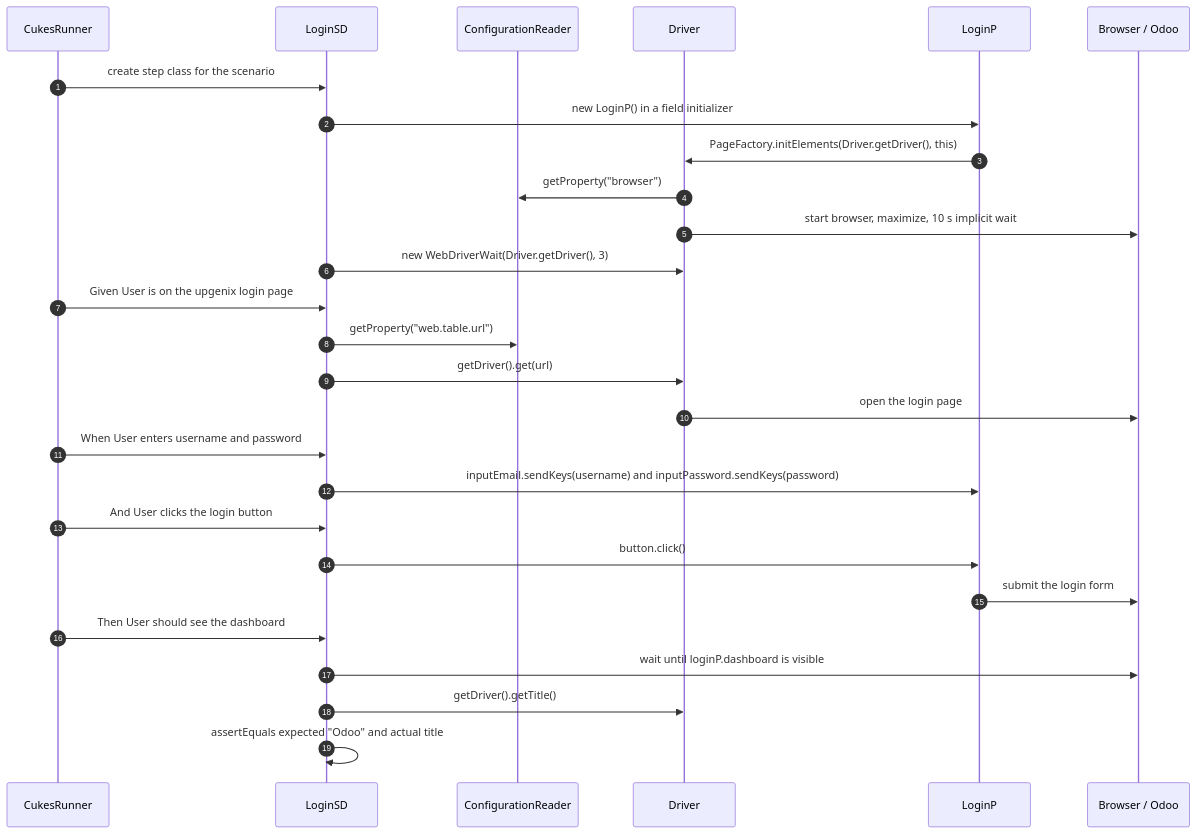
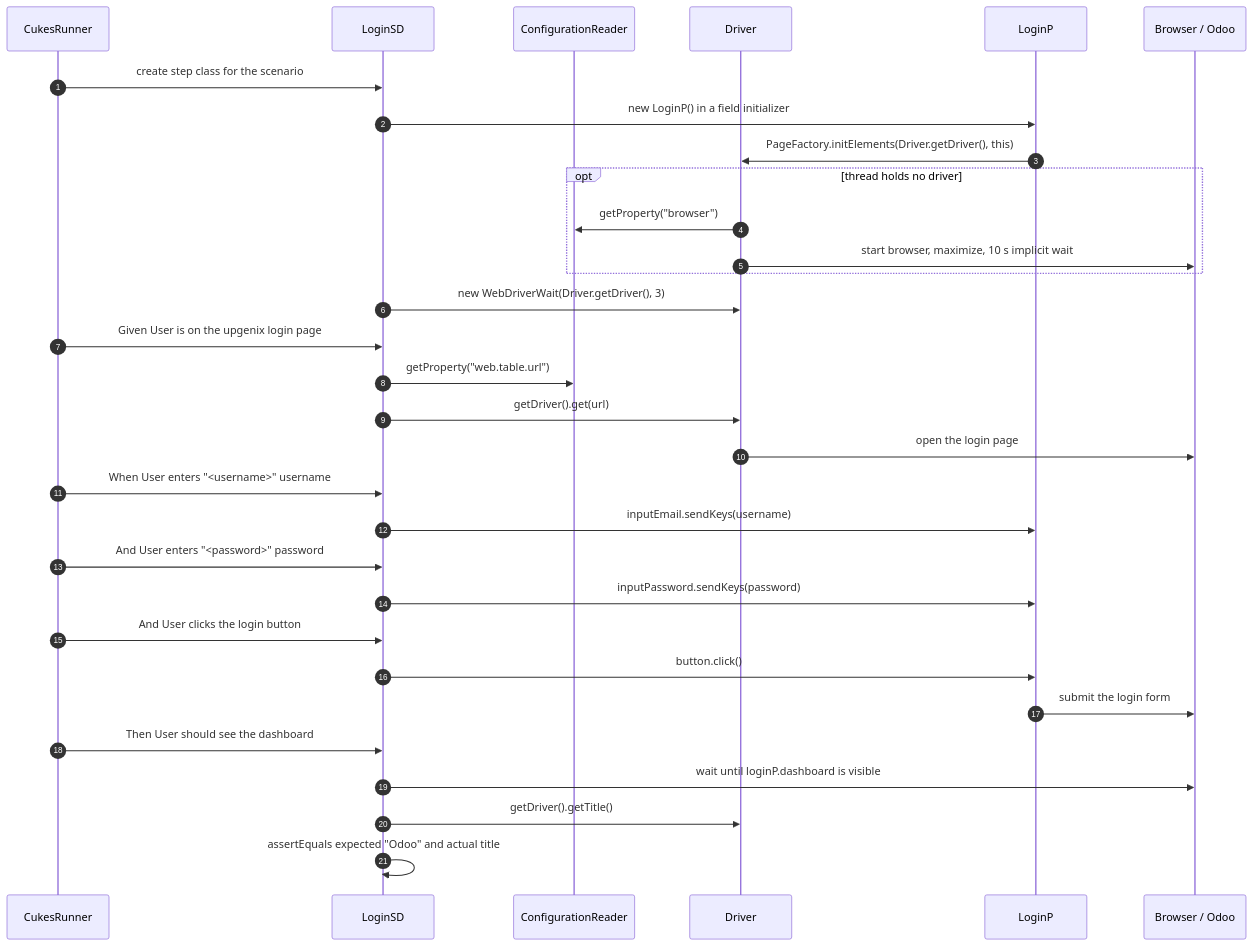
The third of 4 diagrams in README.md (lakshya-blitzy/RepoSitory_with_multiple_details_12345-), drawn with Mermaid before and after one commit. The commit also changed other lines of this file and 8 other files, not shown here.

````diff
--- a/README.md
+++ b/README.md
@@ -1503,29 +1516,33 @@
 ```mermaid
 sequenceDiagram
     autonumber
     participant R as CukesRunner
     participant S as LoginSD
     participant C as ConfigurationReader
     participant D as Driver
     participant P as LoginP
     participant B as Browser / Odoo
     R->>S: create step class for the scenario
     S->>P: new LoginP() in a field initializer
     P->>D: PageFactory.initElements(Driver.getDriver(), this)
-    D->>C: getProperty("browser")
-    D->>B: start browser, maximize, 10 s implicit wait
+    opt thread holds no driver
+        D->>C: getProperty("browser")
+        D->>B: start browser, maximize, 10 s implicit wait
+    end
     S->>D: new WebDriverWait(Driver.getDriver(), 3)
     R->>S: Given User is on the upgenix login page
     S->>C: getProperty("web.table.url")
     S->>D: getDriver().get(url)
     D->>B: open the login page
-    R->>S: When User enters username and password
-    S->>P: inputEmail.sendKeys(username) and inputPassword.sendKeys(password)
+    R->>S: When User enters "#lt;username#gt;" username
+    S->>P: inputEmail.sendKeys(username)
+    R->>S: And User enters "#lt;password#gt;" password
+    S->>P: inputPassword.sendKeys(password)
     R->>S: And User clicks the login button
     S->>P: button.click()
     P->>B: submit the login form
     R->>S: Then User should see the dashboard
     S->>B: wait until loginP.dashboard is visible
     S->>D: getDriver().getTitle()
     S->>S: assertEquals expected "Odoo" and actual title
 ```
````
